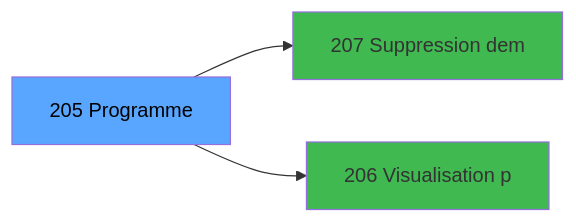
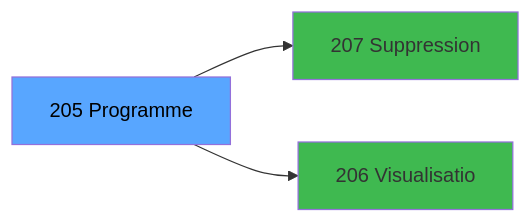
One commit to thonyAGP/magic-migration changed the third of 3 diagrams in .openspec/specs/ADH-IDE-205.md. Above: the diagram before and after it, drawn with Mermaid. The commit also changed other lines of this file and 323 other files, not shown here.

````diff
--- a/.openspec/specs/ADH-IDE-205.md
+++ b/.openspec/specs/ADH-IDE-205.md
@@ -116,11 +129,11 @@
 ```mermaid
 graph LR
     T[205 Programme]
-    C207[207 Suppression dem]
+    C207[207 Suppression ]
     T --> C207
-    C206[206 Visualisation p]
+    C206[206 Visualisatio]
     T --> C206
     style T fill:#58a6ff,color:#000
     style C207 fill:#3fb950
     style C206 fill:#3fb950
 ```
````
